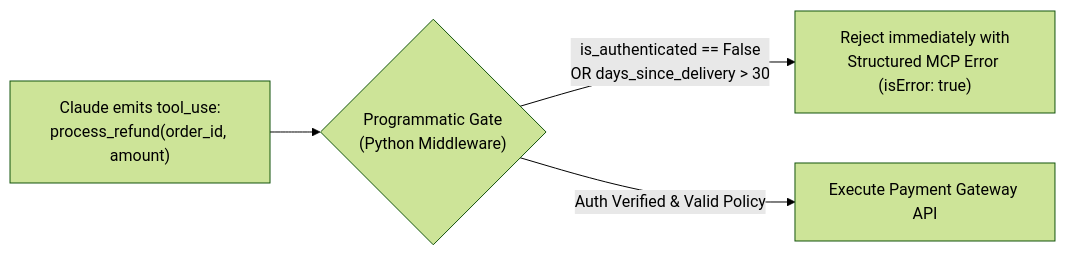
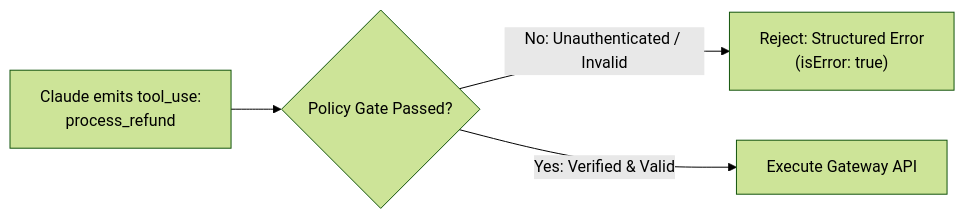
Before and after one commit to dip4k/claude_cert_architect_foundation_prep: the second of 3 diagrams in scenarios/scenario_1_customer_support/SCENARIO_GUIDE.md, drawn with Mermaid (forest theme). The commit also changed other lines of this file and 30 other files, not shown here.

Commit message:
docs: enhance domain and scenario guides with exam rules, golden rules, and simplified GitHub mermaid diagrams

````diff
--- a/scenarios/scenario_1_customer_support/SCENARIO_GUIDE.md
+++ b/scenarios/scenario_1_customer_support/SCENARIO_GUIDE.md
@@ -30,6 +82,6 @@
 ```mermaid
 flowchart LR
-    ClaudeCall["Claude emits tool_use:<br/>process_refund(order_id, amount)"] --> Gate{"Programmatic Gate<br/>(Python Middleware)"}
-    Gate -- "is_authenticated == False<br/>OR days_since_delivery > 30" --> Block["Reject immediately with<br/>Structured MCP Error (isError: true)"]
-    Gate -- "Auth Verified & Valid Policy" --> Execute["Execute Payment Gateway API"]
+    Call["Claude emits tool_use:<br/>process_refund"] --> Gate{"Policy Gate Passed?"}
+    Gate -->|No: Unauthenticated / Invalid| Block["Reject: Structured Error<br/>(isError: true)"]
+    Gate -->|Yes: Verified & Valid| Exec["Execute Gateway API"]
 ```
````
